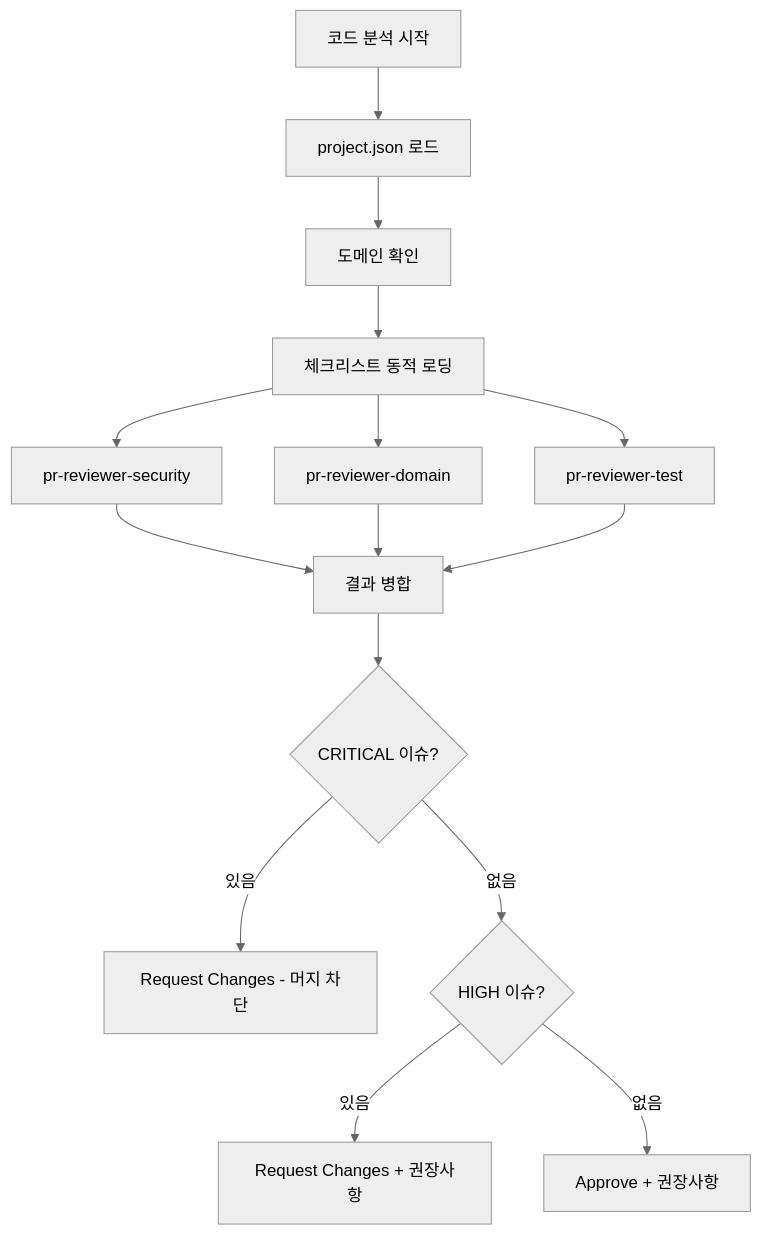
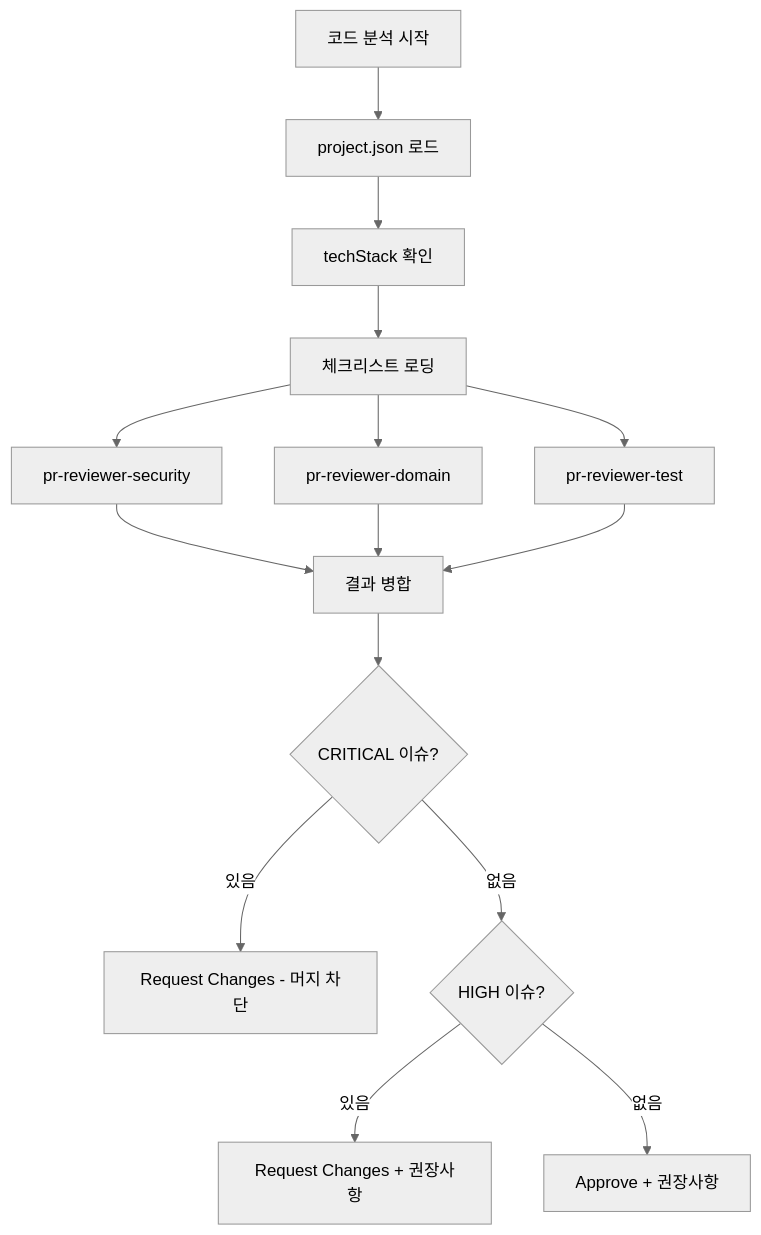
The diagram in agents/agent-code-reviewer.md (wejsa/ai-crew-kit), drawn with Mermaid (neutral theme) before and after one commit. The commit also changed other lines of this file and 34 other files, not shown here.

````diff
--- a/agents/agent-code-reviewer.md
+++ b/agents/agent-code-reviewer.md
@@ -230,17 +156,17 @@
 ```mermaid
 graph TD
     A[코드 분석 시작] --> B[project.json 로드]
-    B --> C[도메인 확인]
-    C --> D[체크리스트 동적 로딩]
+    B --> C[techStack 확인]
+    C --> D[체크리스트 로딩]
     D --> E[pr-reviewer-security]
     D --> F[pr-reviewer-domain]
     D --> G[pr-reviewer-test]
     E --> H[결과 병합]
     F --> H
     G --> H
     H --> J{CRITICAL 이슈?}
     J -->|있음| K[Request Changes - 머지 차단]
     J -->|없음| L{HIGH 이슈?}
     L -->|있음| M[Request Changes + 권장사항]
     L -->|없음| N[Approve + 권장사항]
 ```
````
